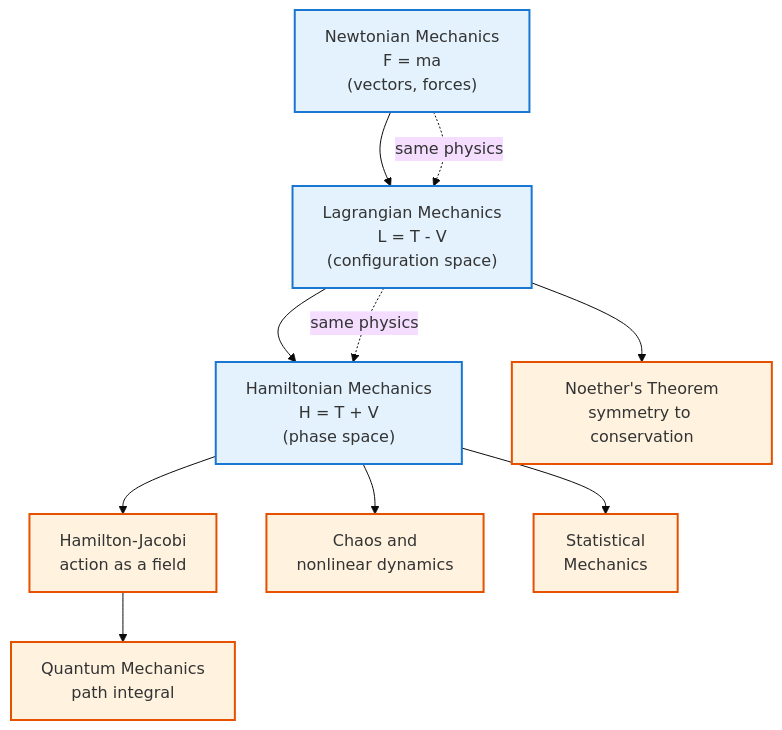
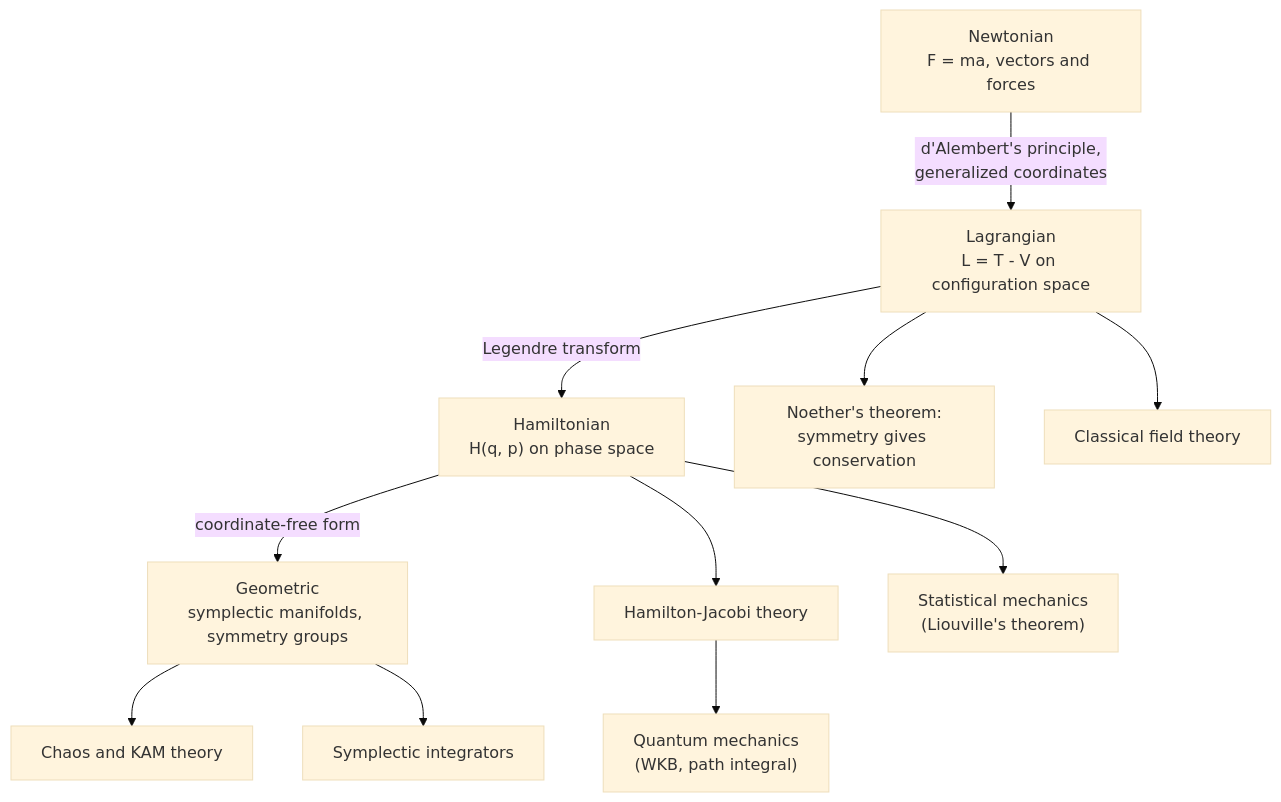
One commit to AndrewAltimit/Documentation changed the diagram in github-pages/docs/physics/classical-mechanics/index.md. Above: the diagram before and after it, drawn with Mermaid (base theme). The commit also changed other lines of this file and 240 other files, not shown here.

````diff
--- a/github-pages/docs/physics/classical-mechanics/index.md
+++ b/github-pages/docs/physics/classical-mechanics/index.md
@@ -91,16 +42,17 @@
 ```mermaid
-graph TD
-    N["Newtonian Mechanics<br/>F = ma<br/>(vectors, forces)"] --> L["Lagrangian Mechanics<br/>L = T - V<br/>(configuration space)"]
-    L --> H["Hamiltonian Mechanics<br/>H = T + V<br/>(phase space)"]
-    N -.->|same physics| L
-    L -.->|same physics| H
-    L --> NO["Noether's Theorem<br/>symmetry to conservation"]
-    H --> HJ["Hamilton-Jacobi<br/>action as a field"]
-    H --> CH["Chaos and<br/>nonlinear dynamics"]
-    H --> SM["Statistical<br/>Mechanics"]
-    HJ --> QM["Quantum Mechanics<br/>path integral"]
-    classDef core fill:#e3f2fd,stroke:#1976d2,stroke-width:2px;
-    classDef bridge fill:#fff3e0,stroke:#e65100,stroke-width:2px;
-    class N,L,H core;
-    class NO,HJ,CH,SM,QM bridge;
+flowchart TD
+    N["Newtonian<br/>F = ma, vectors and forces"]
+    L["Lagrangian<br/>L = T - V on configuration space"]
+    H["Hamiltonian<br/>H(q, p) on phase space"]
+    G["Geometric<br/>symplectic manifolds, symmetry groups"]
+    N -->|"d'Alembert's principle,<br/>generalized coordinates"| L
+    L -->|"Legendre transform"| H
+    H -->|"coordinate-free form"| G
+    L --> NO["Noether's theorem:<br/>symmetry gives conservation"]
+    H --> HJ["Hamilton-Jacobi theory"]
+    HJ --> QM["Quantum mechanics<br/>(WKB, path integral)"]
+    H --> SM["Statistical mechanics<br/>(Liouville's theorem)"]
+    G --> CH["Chaos and KAM theory"]
+    G --> NUM["Symplectic integrators"]
+    L --> FT["Classical field theory"]
 ```
````
